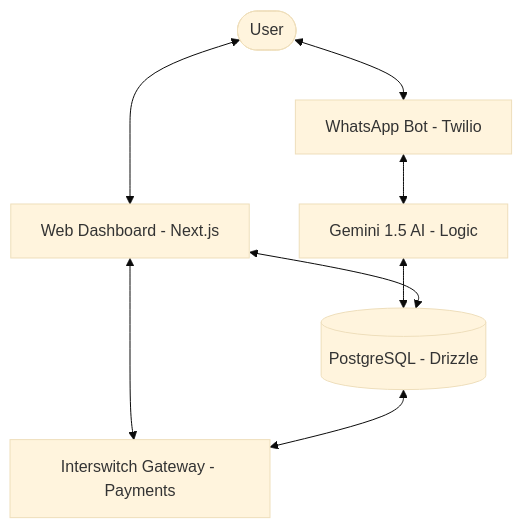
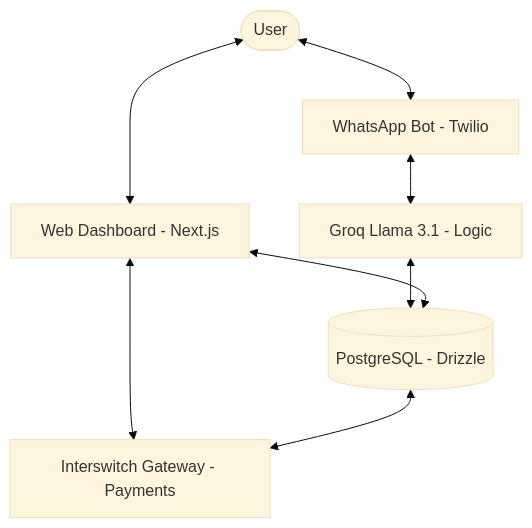
Before and after one commit to Adams-404/delta-77: the diagram in TECHNICAL.md, drawn with Mermaid (base theme). The commit also changed other lines of this file and 4 other files, not shown here.

Commit message:
refactor: Migrate AI engine from Google Gemini to Groq (Llama 3.1) by removing the Gemini integration, updating dependencies, and reflecting the change across all documentation.

````diff
--- a/TECHNICAL.md
+++ b/TECHNICAL.md
@@ -12,17 +12,17 @@
 ```mermaid
 graph TD
     User([User])
     Web[Web Dashboard - Next.js]
     WhatsApp[WhatsApp Bot - Twilio]
-    AI[Gemini 1.5 AI - Logic]
+    AI[Groq Llama 3.1 - Logic]
     DB[(PostgreSQL - Drizzle)]
     ISW[Interswitch Gateway - Payments]
 
     User <--> Web
     User <--> WhatsApp
     WhatsApp <--> AI
     AI <--> DB
     Web <--> DB
     Web <--> ISW
     DB <--> ISW
 ```
````
